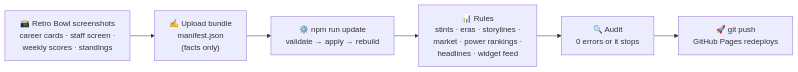
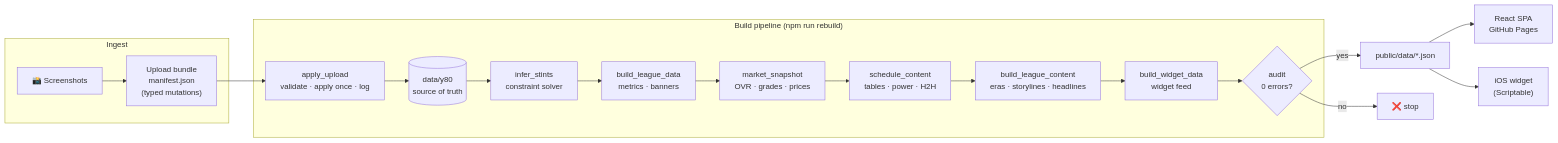
The diagram in README.md (sakisaki-dev/RetroVault), drawn with Mermaid before and after one commit. The commit also changed other lines of this file and 1 other file, not shown here.

Commit message:
README: present Retro Vault as an analytics platform: architecture, event-sourced pipeline, models, data quality, frontend engineering

````diff
--- a/README.md
+++ b/README.md
@@ -129,8 +53,20 @@
 ```mermaid
 flowchart LR
-  A["📸 Retro Bowl screenshots<br/>career cards · staff screen ·<br/>weekly scores · standings"] --> B["✍️ Upload bundle<br/>manifest.json<br/>(facts only)"]
-  B --> C["⚙️ npm run update<br/>validate → apply → rebuild"]
-  C --> D["📊 Rules<br/>stints · eras · storylines ·<br/>market · power rankings ·<br/>headlines · widget feed"]
-  D --> E["🔍 Audit<br/>0 errors or it stops"]
-  E --> F["🚀 git push<br/>GitHub Pages redeploys"]
+  subgraph Ingest
+    A["📸 Screenshots"] --> B["Upload bundle<br/>manifest.json<br/>(typed mutations)"]
+  end
+  subgraph Pipeline["Build pipeline (npm run rebuild)"]
+    B --> C["apply_upload<br/>validate · apply once · log"]
+    C --> D[("data/y80<br/>source of truth")]
+    D --> E["infer_stints<br/>constraint solver"]
+    E --> F["build_league_data<br/>metrics · banners"]
+    F --> G["market_snapshot<br/>OVR · grades · prices"]
+    G --> H["schedule_content<br/>tables · power · H2H"]
+    H --> I["build_league_content<br/>eras · storylines · headlines"]
+    I --> J["build_widget_data<br/>widget feed"]
+    J --> K{"audit<br/>0 errors?"}
+  end
+  K -- yes --> L["public/data/*.json"] --> M["React SPA<br/>GitHub Pages"]
+  L --> N["iOS widget<br/>(Scriptable)"]
+  K -- no --> X["❌ stop"]
 ```
````
